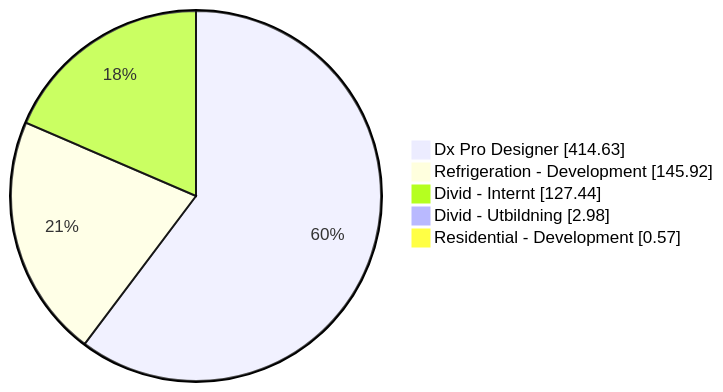
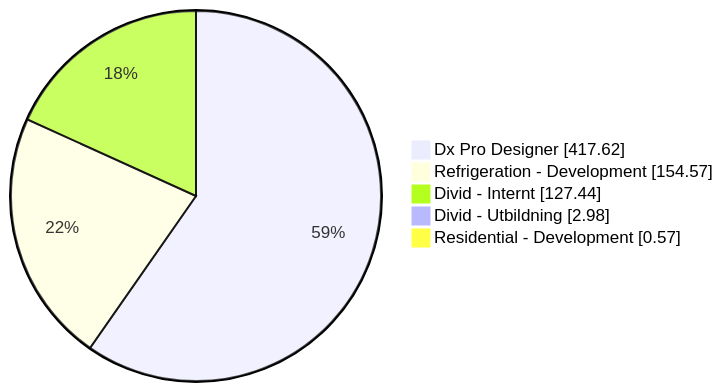
One commit to albinforsberg-netizen/timeclock changed the first of 5 diagrams in README.org. Above: the diagram before and after it, drawn with Mermaid. The commit also changed other lines of this file, not shown here.

```diff
--- a/README.org
+++ b/README.org
@@ -32,8 +32,8 @@
 #+begin_src mermaid
 pie showData
-    "Dx Pro Designer" : 414.63
-    "Refrigeration - Development" : 145.92
+    "Dx Pro Designer" : 417.62
+    "Refrigeration - Development" : 154.57
     "Divid - Internt" : 127.44
     "Divid - Utbildning" : 2.98
     "Residential - Development" : 0.57
 #+end_src
```
